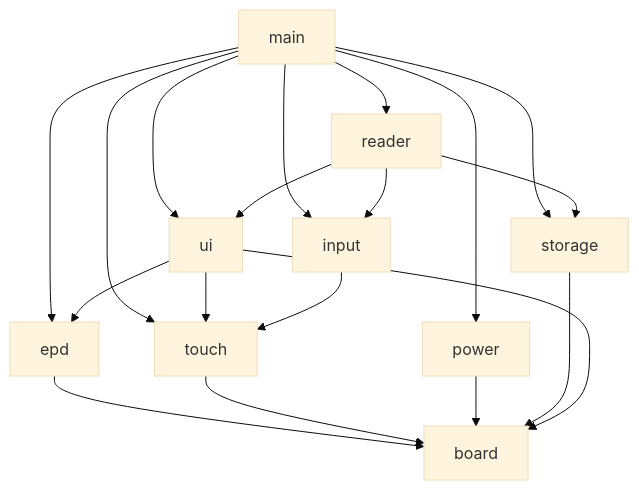
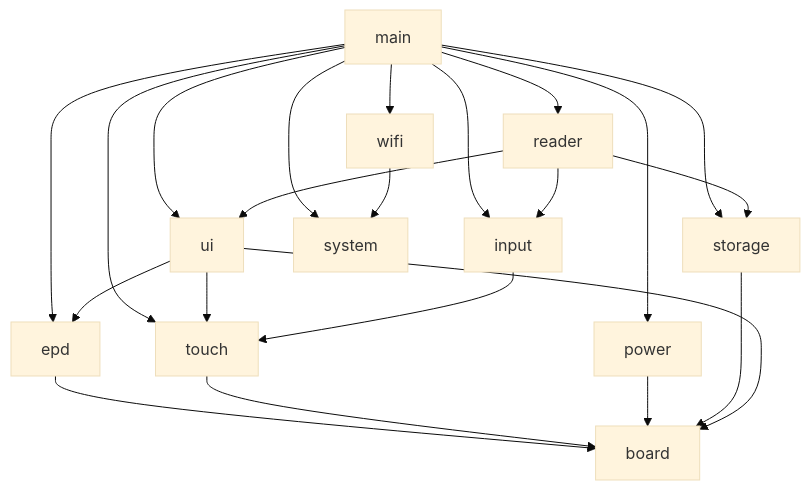
One commit to xiaobaoaaaaaa/ESPaperPlay changed the second of 2 diagrams in README.md. Above: the diagram before and after it, drawn with Mermaid (base theme). The commit also changed other lines of this file and 5 other files, not shown here.

````diff
--- a/README.md
+++ b/README.md
@@ -190,25 +198,29 @@
 ```mermaid
 graph TD
     main[main] --> reader[reader]
     main --> ui[ui]
     main --> input[input]
     main --> power[power]
     main --> storage[storage]
+    main --> system[system]
+    main --> wifi[wifi]
     main --> touch[touch]
     main --> epd[epd]
+
+    wifi --> system
 
     reader --> ui
     reader --> input
     reader --> storage
 
     ui --> epd
     ui --> touch
 
     input --> touch
 
     epd --> board[board]
     touch --> board
     power --> board
     storage --> board
     ui --> board
 ```
````
